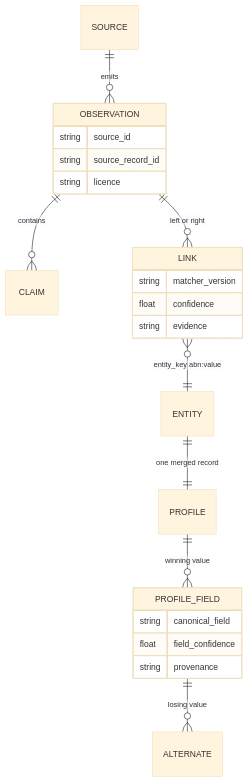
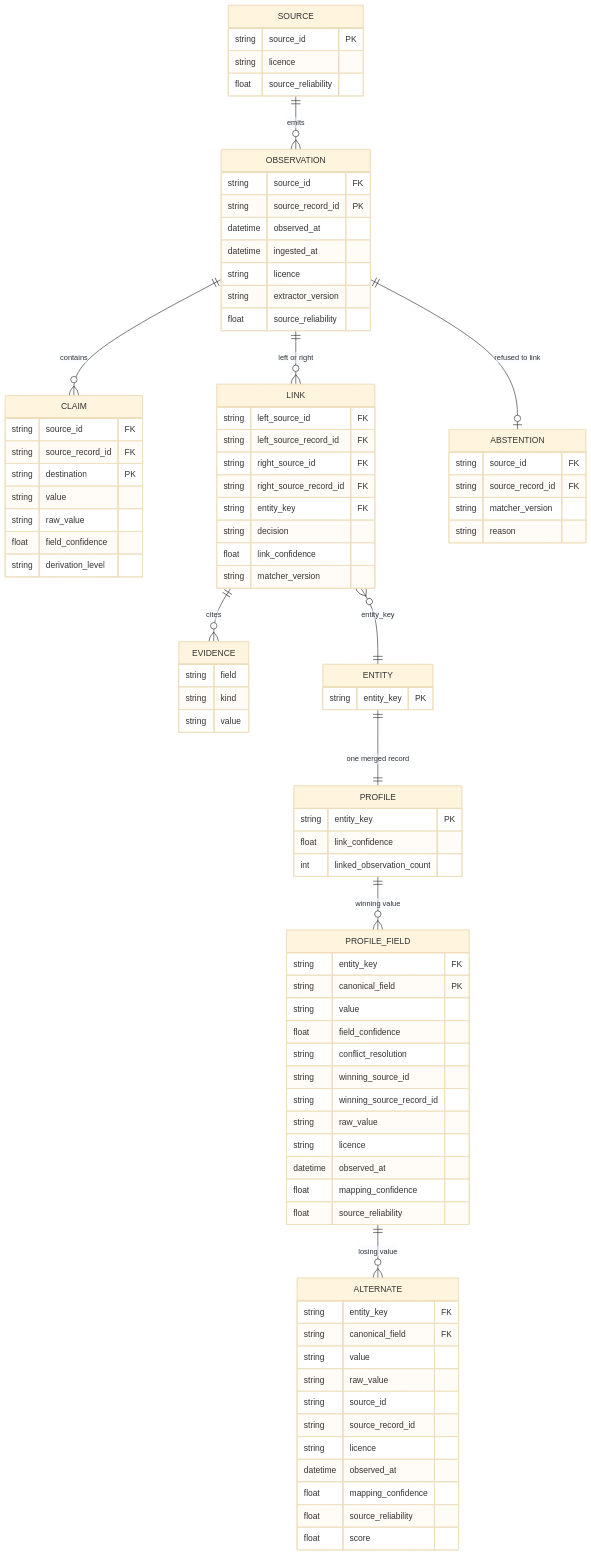
One commit to water-bear-dev/firmable changed the second of 2 diagrams in WRITEUP.md. Above: the diagram before and after it, drawn with Mermaid (base theme). The commit also changed other lines of this file and 1 other file, not shown here.

Commit message:
Enhance README and WRITEUP with detailed schema information, including new entities and attributes for improved clarity on data relationships and structure.

````diff
--- a/WRITEUP.md
+++ b/WRITEUP.md
@@ -60,23 +60,90 @@
     SOURCE ||--o{ OBSERVATION : emits
     OBSERVATION ||--o{ CLAIM : contains
     OBSERVATION ||--o{ LINK : "left or right"
-    LINK }o--|| ENTITY : "entity_key abn:value"
+    OBSERVATION ||--o| ABSTENTION : "refused to link"
+    LINK ||--o{ EVIDENCE : cites
+    LINK }o--|| ENTITY : "entity_key"
     ENTITY ||--|| PROFILE : "one merged record"
     PROFILE ||--o{ PROFILE_FIELD : "winning value"
     PROFILE_FIELD ||--o{ ALTERNATE : "losing value"
+
+    SOURCE {
+        string source_id PK
+        string licence
+        float source_reliability
+    }
     OBSERVATION {
+        string source_id FK
+        string source_record_id PK
+        datetime observed_at
+        datetime ingested_at
+        string licence
+        string extractor_version
+        float source_reliability
+    }
+    CLAIM {
+        string source_id FK
+        string source_record_id FK
+        string destination PK
+        string value
+        string raw_value
+        float field_confidence
+        string derivation_level
+    }
+    LINK {
+        string left_source_id FK
+        string left_source_record_id FK
+        string right_source_id FK
+        string right_source_record_id FK
+        string entity_key FK
+        string decision
+        float link_confidence
+        string matcher_version
+    }
+    EVIDENCE {
+        string field
+        string kind
+        string value
+    }
+    ABSTENTION {
+        string source_id FK
+        string source_record_id FK
+        string matcher_version
+        string reason
+    }
+    ENTITY {
+        string entity_key PK
+    }
+    PROFILE {
+        string entity_key PK
+        float link_confidence
+        int linked_observation_count
+    }
+    PROFILE_FIELD {
+        string entity_key FK
+        string canonical_field PK
+        string value
+        float field_confidence
+        string conflict_resolution
+        string winning_source_id
+        string winning_source_record_id
+        string raw_value
+        string licence
+        datetime observed_at
+        float mapping_confidence
+        float source_reliability
+    }
+    ALTERNATE {
+        string entity_key FK
+        string canonical_field FK
+        string value
+        string raw_value
         string source_id
         string source_record_id
         string licence
-    }
-    LINK {
-        string matcher_version
-        float confidence
-        string evidence
-    }
-    PROFILE_FIELD {
-        string canonical_field
-        float field_confidence
-        string provenance
+        datetime observed_at
+        float mapping_confidence
+        float source_reliability
+        float score
     }
 ```
````
